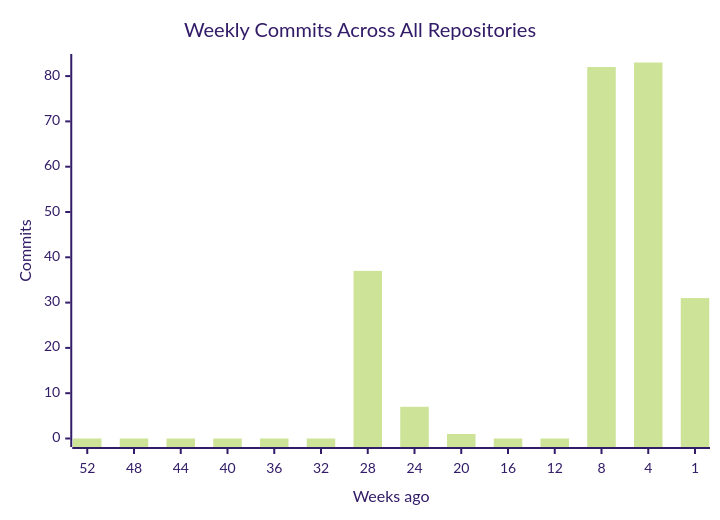
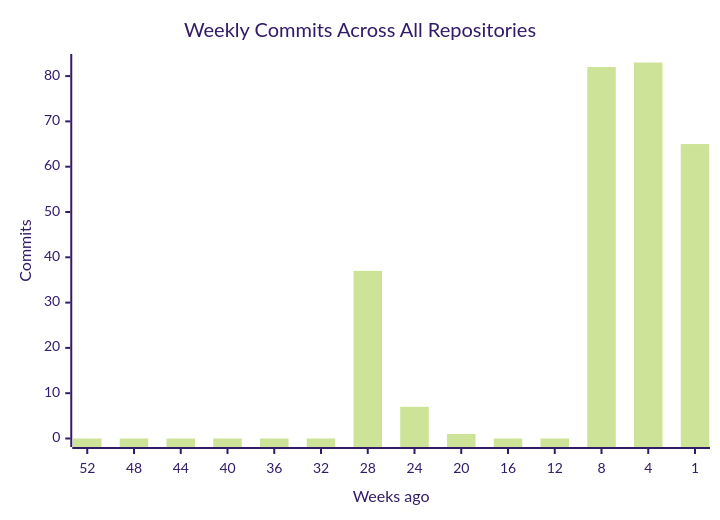
Before and after one commit to CSTH-Projects/.github: the first of 4 diagrams in profile/README.md, drawn with Mermaid (forest theme). The commit also changed other lines of this file, not shown here.

````diff
--- a/profile/README.md
+++ b/profile/README.md
@@ -16,7 +16,7 @@
 ```mermaid
 xychart-beta
     title "Weekly Commits Across All Repositories"
     x-axis "Weeks ago" [52, 48, 44, 40, 36, 32, 28, 24, 20, 16, 12, 8, 4, 1]
     y-axis "Commits"
-    bar [0, 0, 0, 0, 0, 0, 37, 7, 1, 0, 0, 82, 83, 31]
+    bar [0, 0, 0, 0, 0, 0, 37, 7, 1, 0, 0, 82, 83, 65]
 ```
````
